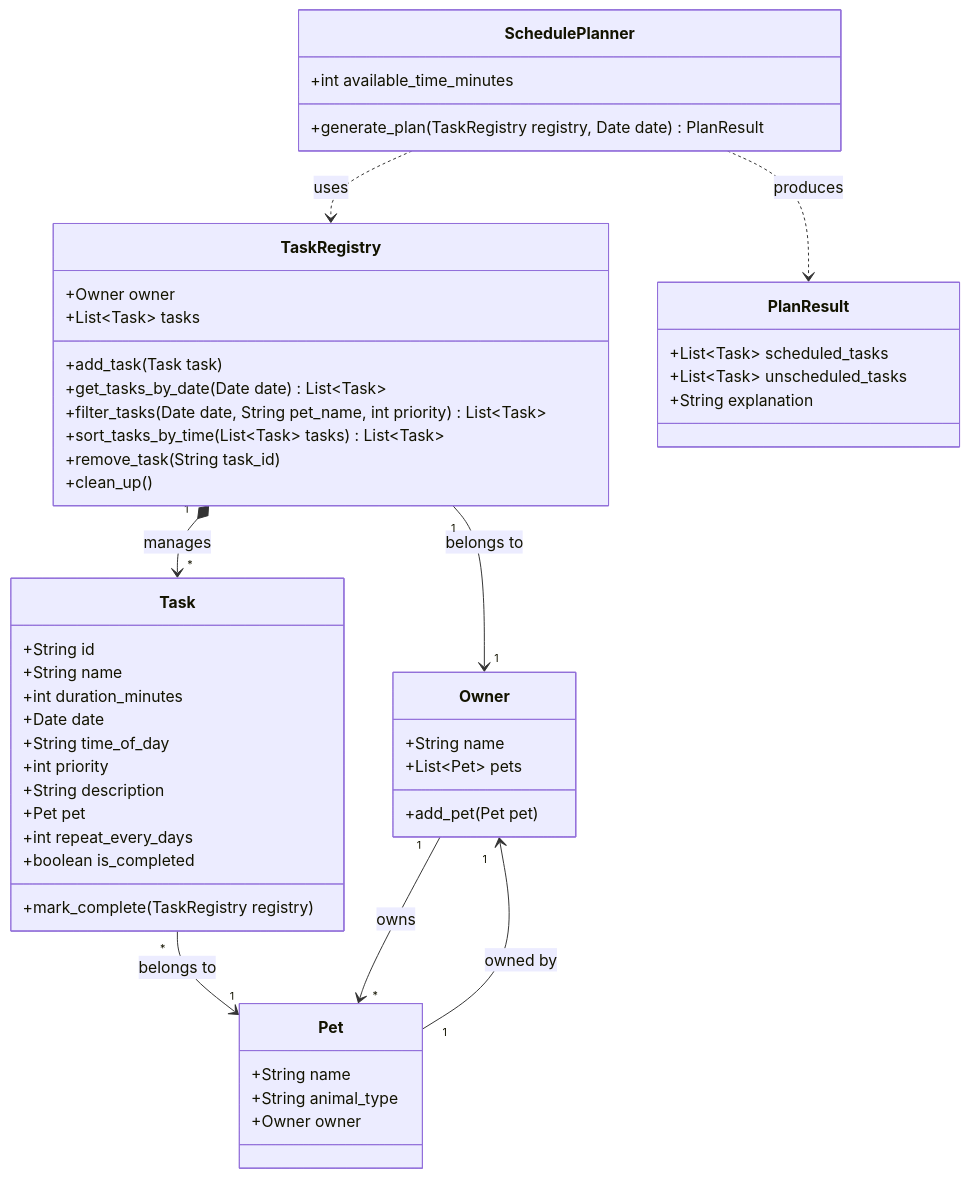
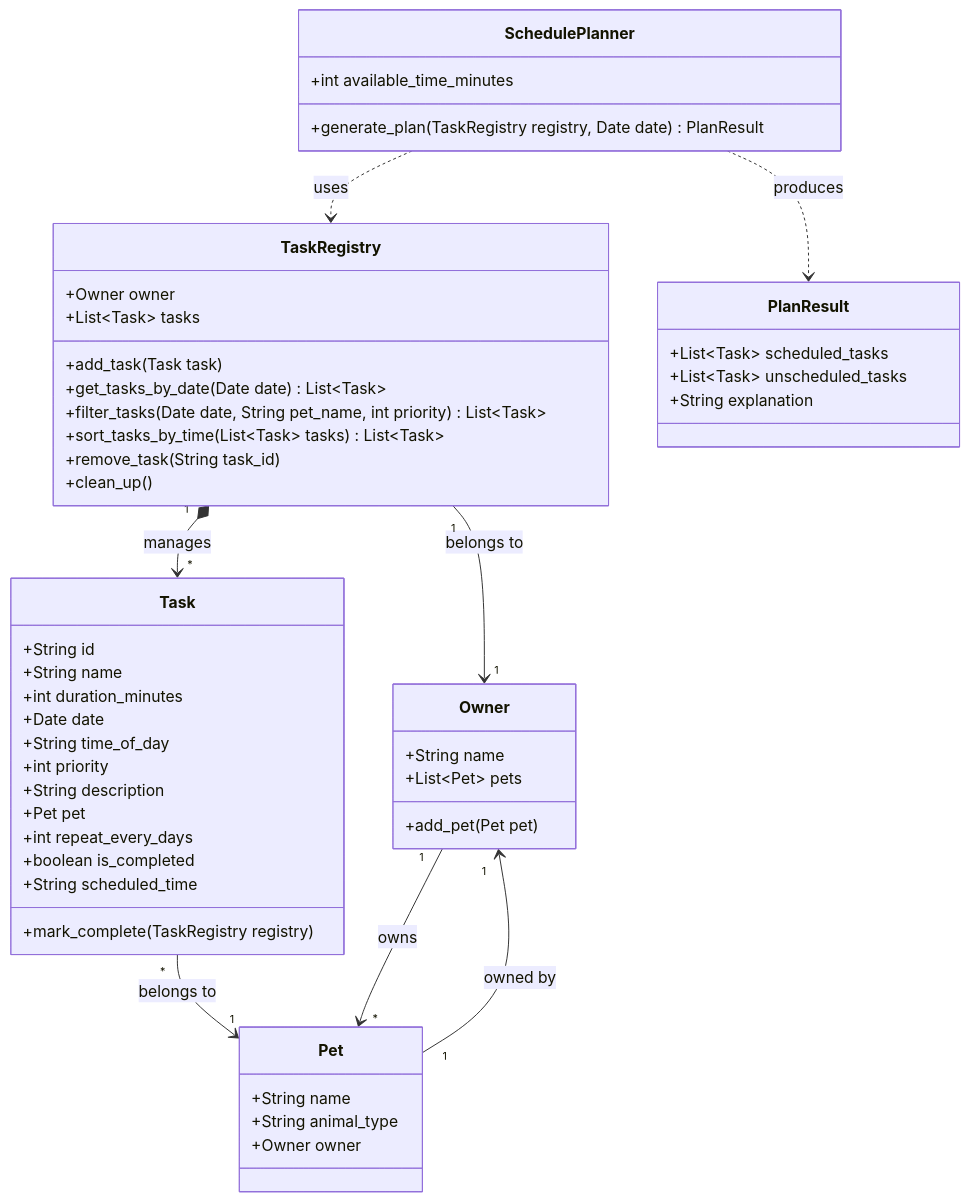
The diagram in UML.md (Einksul/ai110-module2show-pawpal-starter), drawn with Mermaid before and after one commit. The commit also changed 2 other files, not shown here.

````diff
--- a/UML.md
+++ b/UML.md
@@ -3,59 +3,60 @@
 ```mermaid
 classDiagram
     class Owner {
         +String name
         +List~Pet~ pets
         +add_pet(Pet pet)
     }
 
     class Pet {
         +String name
         +String animal_type
         +Owner owner
     }
 
     class TaskRegistry {
         +Owner owner
         +List~Task~ tasks
         +add_task(Task task)
         +get_tasks_by_date(Date date) List~Task~
         +filter_tasks(Date date, String pet_name, int priority) List~Task~
         +sort_tasks_by_time(List~Task~ tasks) List~Task~
         +remove_task(String task_id)
         +clean_up()
     }
 
     class Task {
         +String id
         +String name
         +int duration_minutes
         +Date date
         +String time_of_day
         +int priority
         +String description
         +Pet pet
         +int repeat_every_days
         +boolean is_completed
+        +String scheduled_time
         +mark_complete(TaskRegistry registry)
     }
 
     %% Suggested Additions for Scheduling Logic
     class SchedulePlanner {
         +int available_time_minutes
         +generate_plan(TaskRegistry registry, Date date) PlanResult
     }
 
     class PlanResult {
         +List~Task~ scheduled_tasks
         +List~Task~ unscheduled_tasks
         +String explanation
     }
 
     Owner "1" --> "*" Pet : owns
     Pet "1" --> "1" Owner : owned by
     TaskRegistry "1" *--> "*" Task : manages
     TaskRegistry "1" --> "1" Owner : belongs to
     Task "*" --> "1" Pet : belongs to
     SchedulePlanner ..> TaskRegistry : uses
     SchedulePlanner ..> PlanResult : produces
 ```
````
